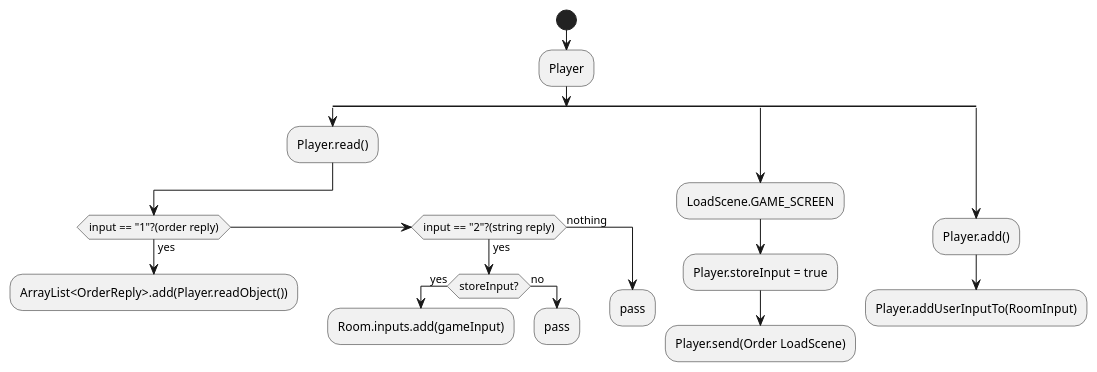
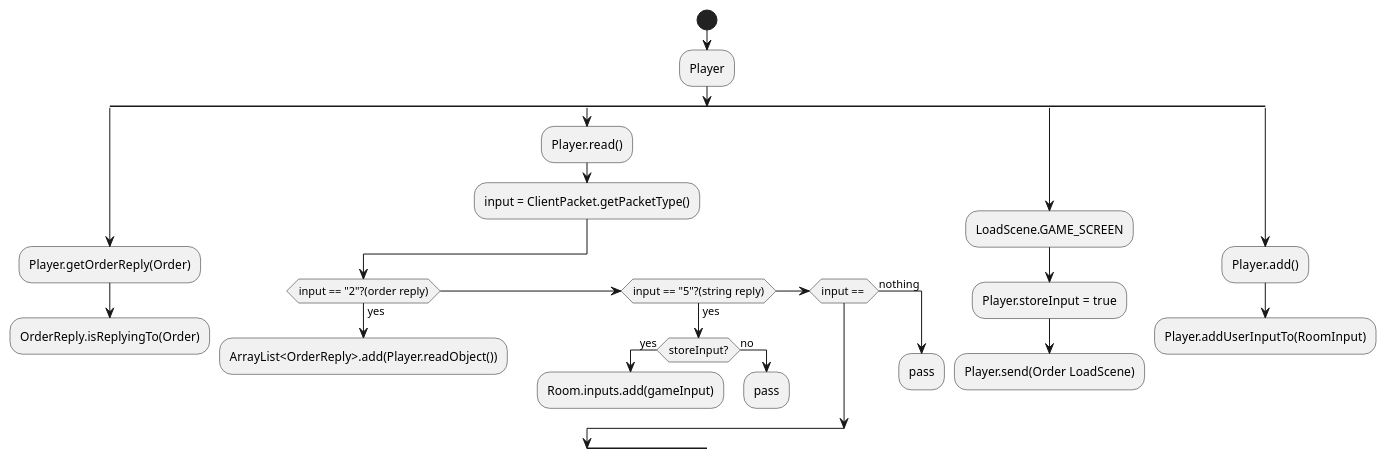
The diagram in Flowcharts/Server/PlayerClass.pu (yashdwivedi/mavenproject1), drawn with PlantUML before and after one commit. The commit also changed 2 other files, not shown here.

Commit message:
add some more diagrams

```diff
--- a/Flowcharts/Server/PlayerClass.pu
+++ b/Flowcharts/Server/PlayerClass.pu
@@ -1,31 +1,38 @@
 @startuml
 start
 :Player;
 split
+    :Player.getOrderReply(Order);   
+    :OrderReply.isReplyingTo(Order);
+    
+    detach 
+split again
     :Player.read();
-    if (input == "1"?(order reply)) then (yes)
+    :input = ClientPacket.getPacketType();
+    if (input == "2"?(order reply)) then (yes)
         :ArrayList<OrderReply>.add(Player.readObject());
         detach
-    elseif (input == "2"?(string reply)) then (yes)
+    elseif (input == "5"?(string reply)) then (yes)
         if (storeInput?) then (yes)
             :Room.inputs.add(gameInput);
             detach
         else (no)
             :pass;
             detach
         endif
+    elseif (input == )
     else (nothing)
         :pass;
     endif
     detach
 split again
     :LoadScene.GAME_SCREEN;
     :Player.storeInput = true;
     :Player.send(Order LoadScene);
     detach
 split again
     :Player.add();
     :Player.addUserInputTo(RoomInput);
     detach
 end split
 @enduml
```
